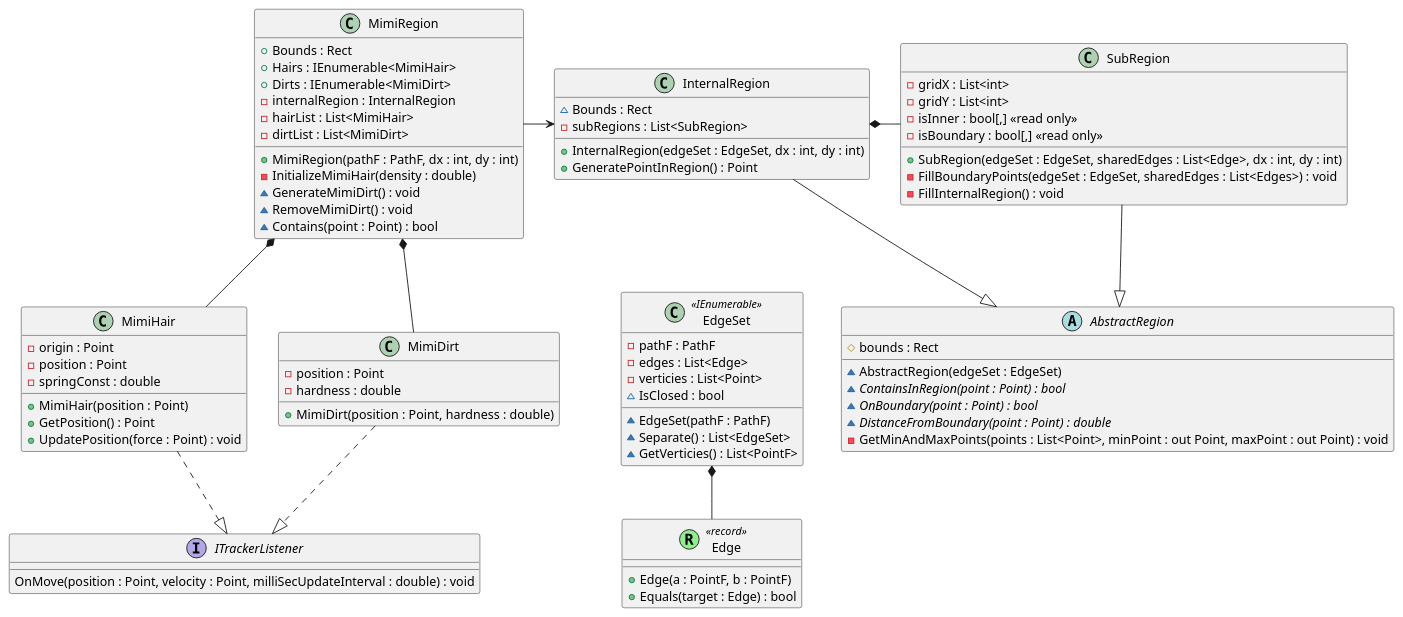
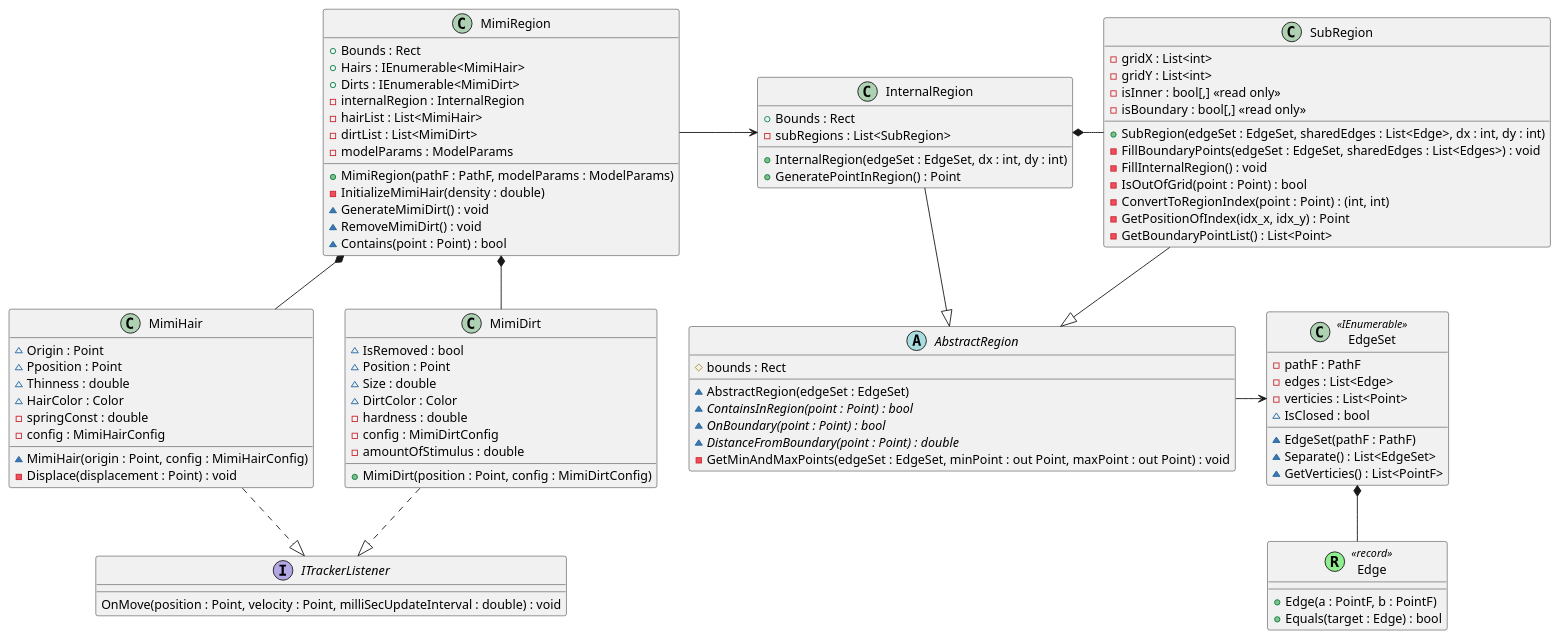
One commit to tatsuya19871219/MauiMimikakiApp changed the second of 3 diagrams in uml/MimikakiApp.puml. Above: the diagram before and after it, drawn with PlantUML. The commit also changed other lines of this file and 10 other files, not shown here.

```diff
--- a/uml/MimikakiApp.puml
+++ b/uml/MimikakiApp.puml
@@ -97,104 +119,118 @@
 @startuml MimiRegion
 ' Models
 class MimiRegion
 {
     + Bounds : Rect
     + Hairs : IEnumerable<MimiHair>
     + Dirts : IEnumerable<MimiDirt>
     - internalRegion : InternalRegion
     - hairList : List<MimiHair>
     - dirtList : List<MimiDirt>
-    + MimiRegion(pathF : PathF, dx : int, dy : int)
+    - modelParams : ModelParams
+    + MimiRegion(pathF : PathF, modelParams : ModelParams)
     - InitializeMimiHair(density : double)
     ~ GenerateMimiDirt() : void
     ~ RemoveMimiDirt() : void
     ~ Contains(point : Point) : bool
 }
 
 interface ITrackerListener
 {
     OnMove(position : Point, velocity : Point, milliSecUpdateInterval : double) : void
 }
 
 class MimiHair
 {
-    - origin : Point
-    - position : Point
+    ~ Origin : Point
+    ~ Pposition : Point
+    ~ Thinness : double
+    ~ HairColor : Color
     - springConst : double
-    + MimiHair(position : Point)
-    + GetPosition() : Point
-    + UpdatePosition(force : Point) : void
+    - config : MimiHairConfig
+    ~ MimiHair(origin : Point, config : MimiHairConfig)
+    - Displace(displacement : Point) : void
+    '- UpdatePositionAsync() : void
 }
 
 class MimiDirt
 {
-    - position : Point
+    ~ IsRemoved : bool
+    ~ Position : Point
+    ~ Size : double
+    ~ DirtColor : Color
     - hardness : double
-    + MimiDirt(position : Point, hardness : double)
+    - config : MimiDirtConfig
+    - amountOfStimulus : double
+    + MimiDirt(position : Point, config : MimiDirtConfig)
 }
 
 ' RegionModels
 abstract AbstractRegion
 {
     # bounds : Rect
     ~ AbstractRegion(edgeSet : EdgeSet)
     {abstract} ~ ContainsInRegion(point : Point) : bool
     {abstract} ~ OnBoundary(point : Point) : bool
     {abstract} ~ DistanceFromBoundary(point : Point) : double
-    - GetMinAndMaxPoints(points : List<Point>, minPoint : out Point, maxPoint : out Point) : void
+    - GetMinAndMaxPoints(edgeSet : EdgeSet, minPoint : out Point, maxPoint : out Point) : void
 }
 
 class InternalRegion
 {
-    ~ Bounds : Rect
+    + Bounds : Rect
     - subRegions : List<SubRegion>
     + InternalRegion(edgeSet : EdgeSet, dx : int, dy : int)
     + GeneratePointInRegion() : Point
 }
 
 class SubRegion
 {
     - gridX : List<int>
     - gridY : List<int>
     - isInner : bool[,] <<read only>>
     - isBoundary : bool[,] <<read only>>
     + SubRegion(edgeSet : EdgeSet, sharedEdges : List<Edge>, dx : int, dy : int)
     - FillBoundaryPoints(edgeSet : EdgeSet, sharedEdges : List<Edges>) : void
     - FillInternalRegion() : void
-    '- ConvertToRegionIndex(x : double, y : double) : (int, int)
+    - IsOutOfGrid(point : Point) : bool
+    - ConvertToRegionIndex(point : Point) : (int, int)
+    - GetPositionOfIndex(idx_x, idx_y) : Point
+    - GetBoundaryPointList() : List<Point>
 }
 
 class EdgeSet <<IEnumerable>>
 {
     - pathF : PathF
     - edges : List<Edge>
     - verticies : List<Point>
     ~ IsClosed : bool
     ~ EdgeSet(pathF : PathF)
     ~ Separate() : List<EdgeSet>
     ~ GetVerticies() : List<PointF>
 }
 
 class Edge <<(R, LightGreen) record>>
 {
     + Edge(a : PointF, b : PointF)
     + Equals(target : Edge) : bool
 }
 
 ' arrows
 MimiRegion -> InternalRegion
 MimiRegion *-- MimiHair
 MimiRegion *-- MimiDirt
 
 InternalRegion *- SubRegion
 InternalRegion --|> AbstractRegion
 SubRegion --|> AbstractRegion
 
 MimiHair ..|> ITrackerListener
 MimiDirt ..|> ITrackerListener
 
+AbstractRegion -> EdgeSet
+
 EdgeSet *-- Edge
 
 InternalRegion -[hidden]- EdgeSet
 
 @enduml
```
